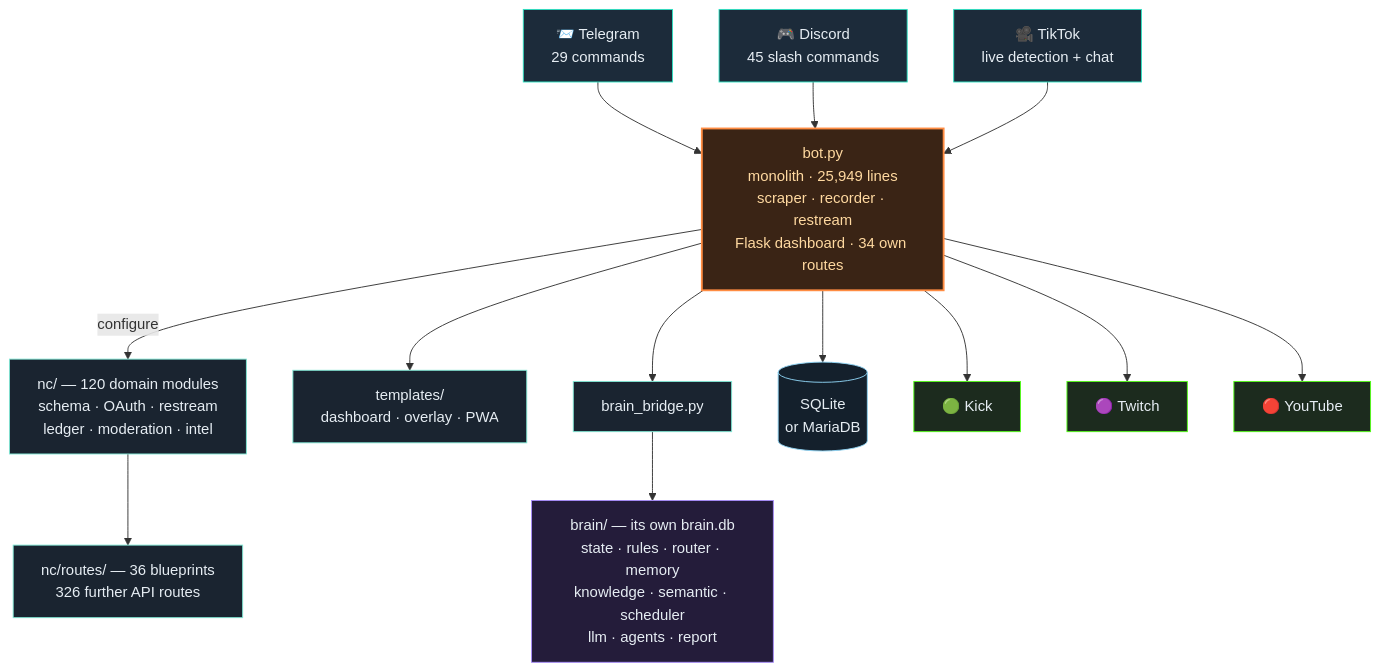
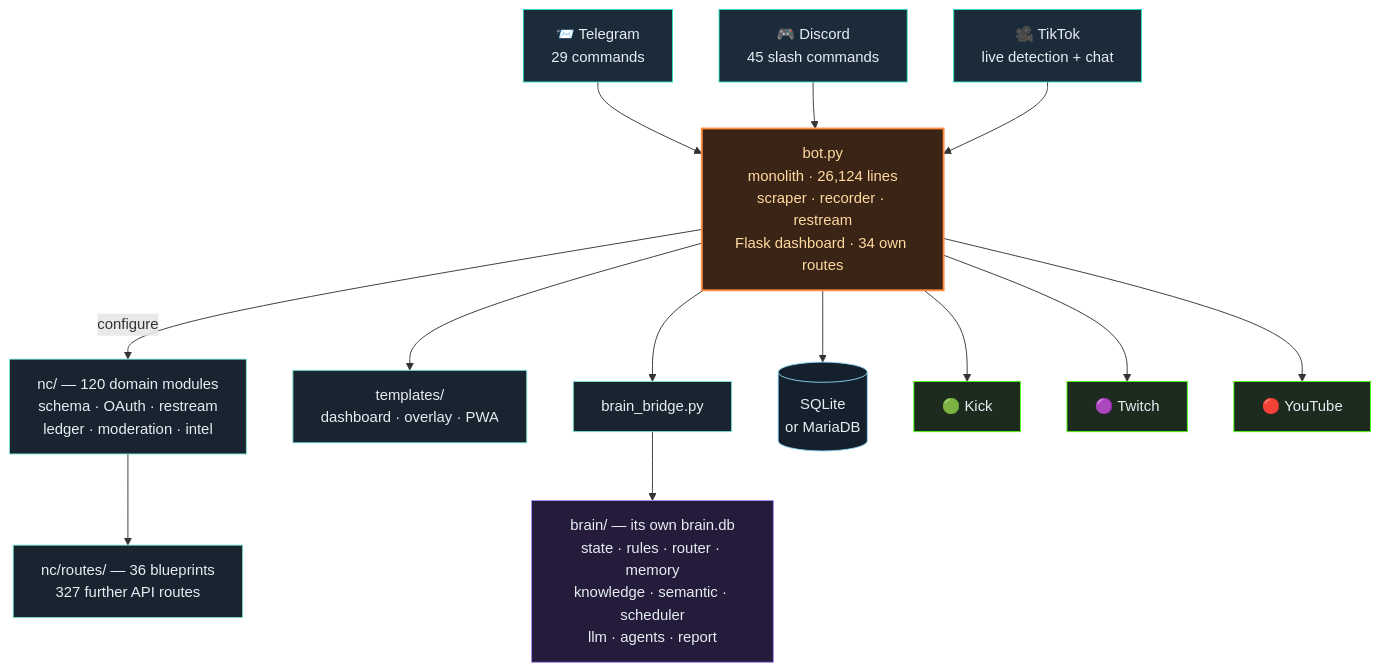
The third of 4 diagrams in README.en.md (itsamemedev/Telegram-Stream-Info-Bot), drawn with Mermaid before and after one commit. The commit also changed other lines of this file and 14 other files, not shown here.

````diff
--- a/README.en.md
+++ b/README.en.md
@@ -190,30 +190,30 @@
 ```mermaid
 flowchart TB
     TG["📨 Telegram<br/>29 commands"]:::ein
     DC["🎮 Discord<br/>45 slash commands"]:::ein
     TT["🎥 TikTok<br/>live detection + chat"]:::ein
 
     TG --> BOT
     DC --> BOT
     TT --> BOT
 
-    BOT["bot.py<br/>monolith · 25,949 lines<br/>scraper · recorder · restream<br/>Flask dashboard · 34 own routes"]:::core
+    BOT["bot.py<br/>monolith · 26,124 lines<br/>scraper · recorder · restream<br/>Flask dashboard · 34 own routes"]:::core
 
     BOT -->|configure| NC["nc/ — 120 domain modules<br/>schema · OAuth · restream<br/>ledger · moderation · intel"]:::lib
-    NC --> RT["nc/routes/ — 36 blueprints<br/>326 further API routes"]:::lib
+    NC --> RT["nc/routes/ — 36 blueprints<br/>327 further API routes"]:::lib
     BOT --> TPL["templates/<br/>dashboard · overlay · PWA"]:::lib
     BOT --> BR["brain_bridge.py"]:::lib
     BR --> BRAIN["brain/ — its own brain.db<br/>state · rules · router · memory<br/>knowledge · semantic · scheduler<br/>llm · agents · report"]:::brain
     BOT --> DB[("SQLite<br/>or MariaDB")]:::db
 
     BOT --> KICK["🟢 Kick"]:::out
     BOT --> TW["🟣 Twitch"]:::out
     BOT --> YT["🔴 YouTube"]:::out
 
     classDef ein fill:#1c2b3a,stroke:#2de1c2,color:#e6edf3
     classDef core fill:#3a2415,stroke:#ff8c42,stroke-width:2px,color:#ffd9a0
     classDef lib fill:#1a2430,stroke:#7fe7d4,color:#e6edf3
     classDef brain fill:#241c3a,stroke:#a78bfa,color:#e6edf3
     classDef db fill:#14202c,stroke:#8fd3f4,color:#e6edf3
     classDef out fill:#1c2b1e,stroke:#53fc18,color:#e6edf3
 ```
````
